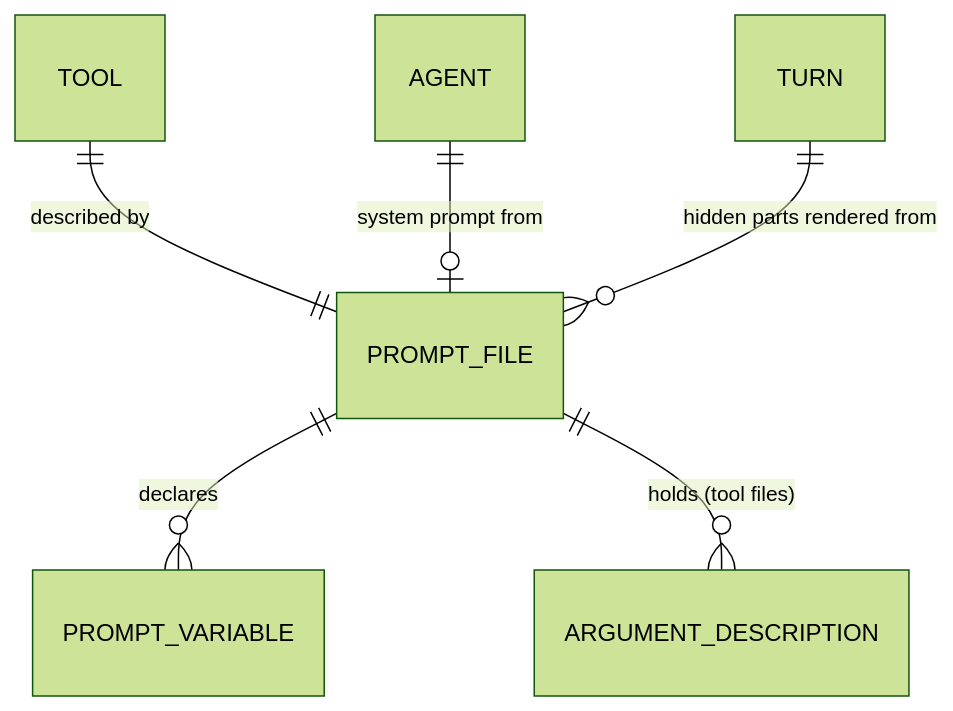
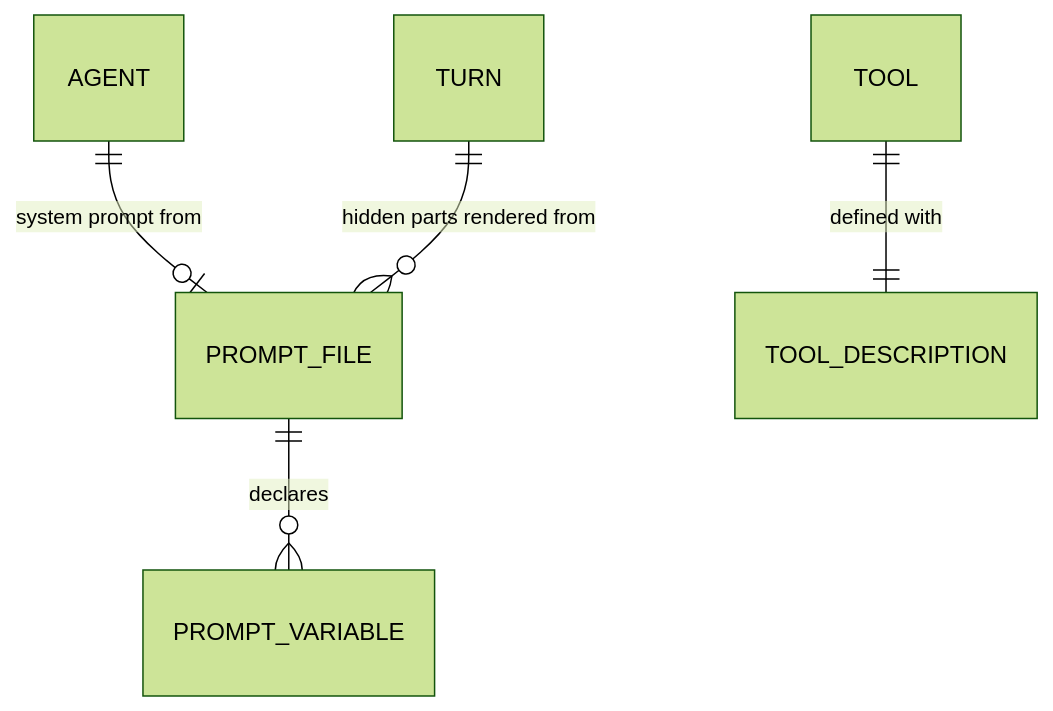
One commit to tillg/karpathy.app changed the second of 2 diagrams in specs/changes/prompts-as-md-files/domain.md. Above: the diagram before and after it, drawn with Mermaid (forest theme). The commit also changed other lines of this file and 27 other files, not shown here.

````diff
--- a/specs/changes/prompts-as-md-files/domain.md
+++ b/specs/changes/prompts-as-md-files/domain.md
@@ -44,8 +47,7 @@
 ```mermaid
 erDiagram
   PROMPT_FILE ||--o{ PROMPT_VARIABLE : declares
-  PROMPT_FILE ||--o{ ARGUMENT_DESCRIPTION : "holds (tool files)"
-  TOOL ||--|| PROMPT_FILE : "described by"
+  TOOL ||--|| TOOL_DESCRIPTION : "defined with"
   AGENT ||--o| PROMPT_FILE : "system prompt from"
   TURN ||--o{ PROMPT_FILE : "hidden parts rendered from"
 ```
````
